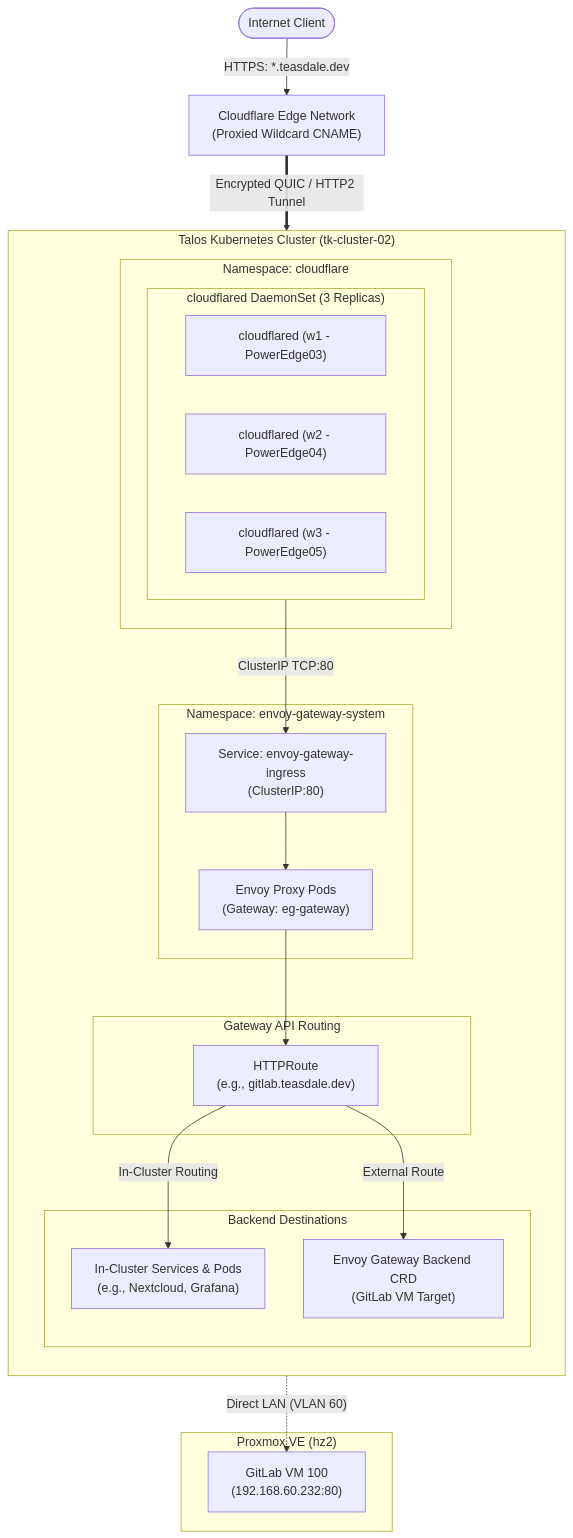
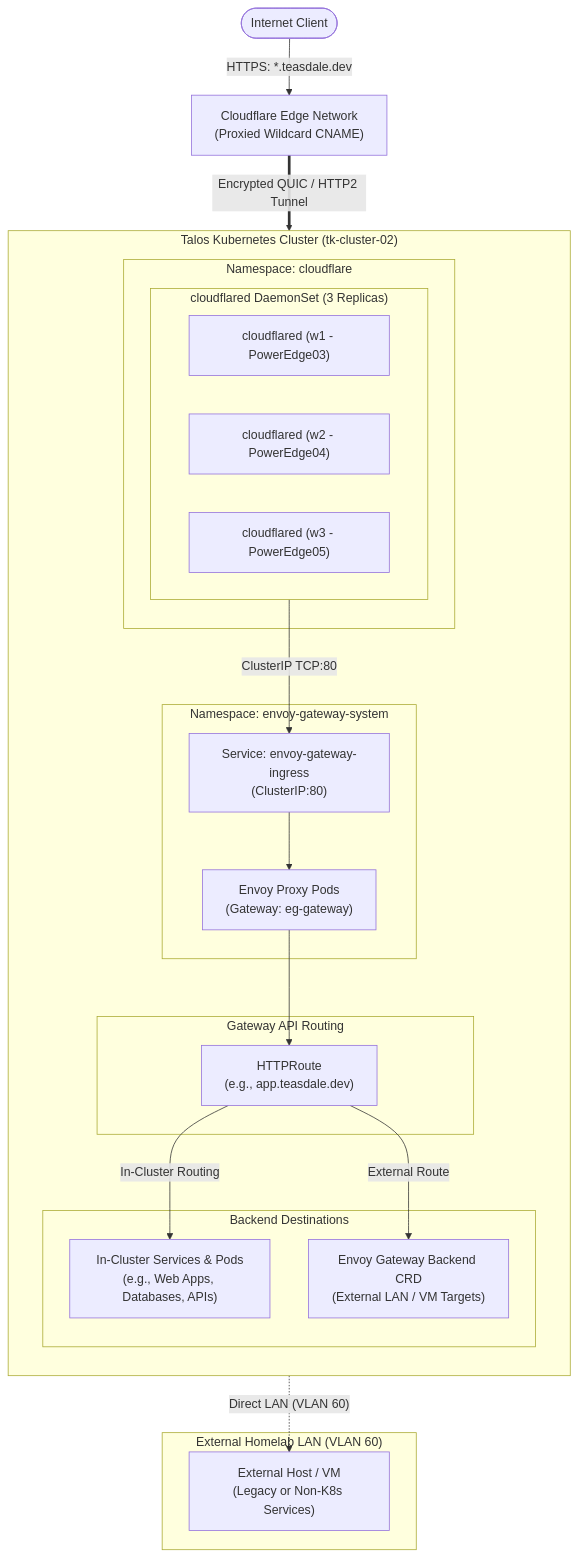
One commit to steasdal/kubernetes-terraform changed the second of 2 diagrams in README.md. Above: the diagram before and after it, drawn with Mermaid. The commit also changed other lines of this file and 1 other file, not shown here.

````diff
--- a/README.md
+++ b/README.md
@@ -266,42 +267,42 @@
 ```mermaid
 flowchart TD
     client(["Internet Client"]) -->|"HTTPS: *.teasdale.dev"| cf["Cloudflare Edge Network\n(Proxied Wildcard CNAME)"]
 
     subgraph k8s ["Talos Kubernetes Cluster (tk-cluster-02)"]
         direction TB
 
         subgraph cf_ns ["Namespace: cloudflare"]
             subgraph ds ["cloudflared DaemonSet (3 Replicas)"]
                 pod1["cloudflared (w1 - PowerEdge03)"]
                 pod2["cloudflared (w2 - PowerEdge04)"]
                 pod3["cloudflared (w3 - PowerEdge05)"]
             end
         end
 
         subgraph eg_ns ["Namespace: envoy-gateway-system"]
             eg_svc["Service: envoy-gateway-ingress\n(ClusterIP:80)"]
             eg_pod["Envoy Proxy Pods\n(Gateway: eg-gateway)"]
         end
 
         subgraph routing ["Gateway API Routing"]
-            route["HTTPRoute\n(e.g., gitlab.teasdale.dev)"]
+            route["HTTPRoute\n(e.g., app.teasdale.dev)"]
         end
 
         subgraph backends ["Backend Destinations"]
-            in_cluster["In-Cluster Services & Pods\n(e.g., Nextcloud, Grafana)"]
-            ext_backend["Envoy Gateway Backend CRD\n(GitLab VM Target)"]
+            in_cluster["In-Cluster Services & Pods\n(e.g., Web Apps, Databases, APIs)"]
+            ext_backend["Envoy Gateway Backend CRD\n(External LAN / VM Targets)"]
         end
     end
 
-    subgraph proxmox ["Proxmox VE (hz2)"]
-        gitlab_vm["GitLab VM 100\n(192.168.60.232:80)"]
+    subgraph lan ["External Homelab LAN (VLAN 60)"]
+        external_host["External Host / VM\n(Legacy or Non-K8s Services)"]
     end
 
     cf ==>|"Encrypted QUIC / HTTP2 Tunnel"| ds
     ds -->|"ClusterIP TCP:80"| eg_svc
     eg_svc --> eg_pod
     eg_pod --> route
     route -->|"In-Cluster Routing"| in_cluster
     route -->|"External Route"| ext_backend
-    ext_backend -.->|"Direct LAN (VLAN 60)"| gitlab_vm
+    ext_backend -.->|"Direct LAN (VLAN 60)"| external_host
 ```
````
